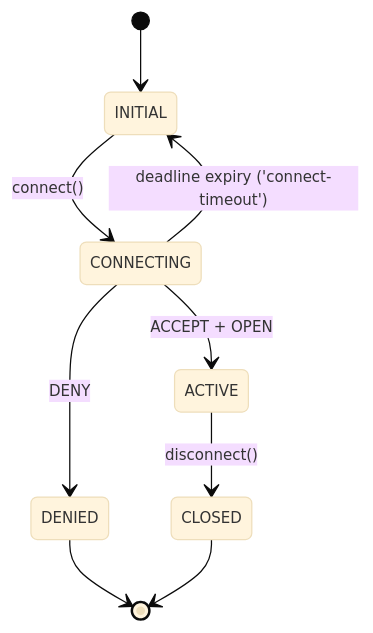
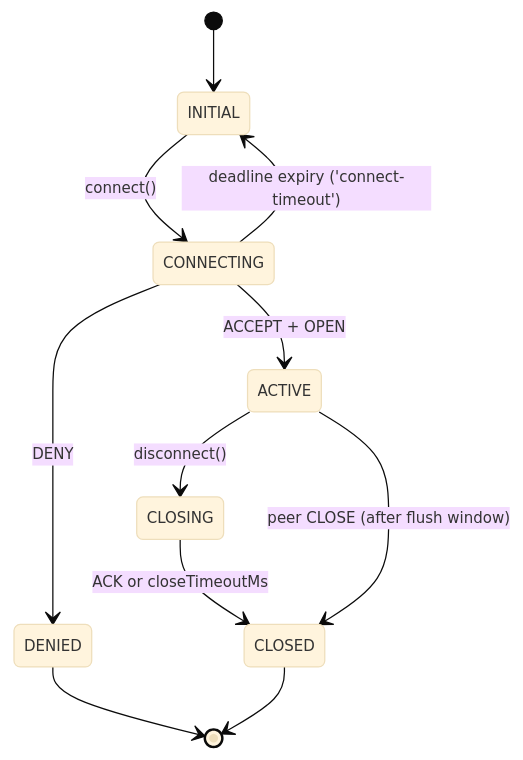
One commit to AndrewRedican/hyperfrontend changed the sixth of 8 diagrams in libs/nexus/ARCHITECTURE.md. Above: the diagram before and after it, drawn with Mermaid. The commit also changed other lines of this file, not shown here.

Commit message:
docs(lib-nexus): document the closing flush window and ack-bounded close

````diff
--- a/libs/nexus/ARCHITECTURE.md
+++ b/libs/nexus/ARCHITECTURE.md
@@ -345,17 +360,19 @@
 ```mermaid
 ---
 config:
   theme: base
   themeVariables:
     fontSize: 12px
 ---
 stateDiagram-v2
     [*] --> INITIAL
     INITIAL --> CONNECTING: connect()
     CONNECTING --> DENIED: DENY
     CONNECTING --> INITIAL: deadline expiry ('connect-timeout')
     CONNECTING --> ACTIVE: ACCEPT + OPEN
-    ACTIVE --> CLOSED: disconnect()
+    ACTIVE --> CLOSING: disconnect()
+    CLOSING --> CLOSED: ACK or closeTimeoutMs
+    ACTIVE --> CLOSED: peer CLOSE (after flush window)
     DENIED --> [*]
     CLOSED --> [*]
 ```
````
